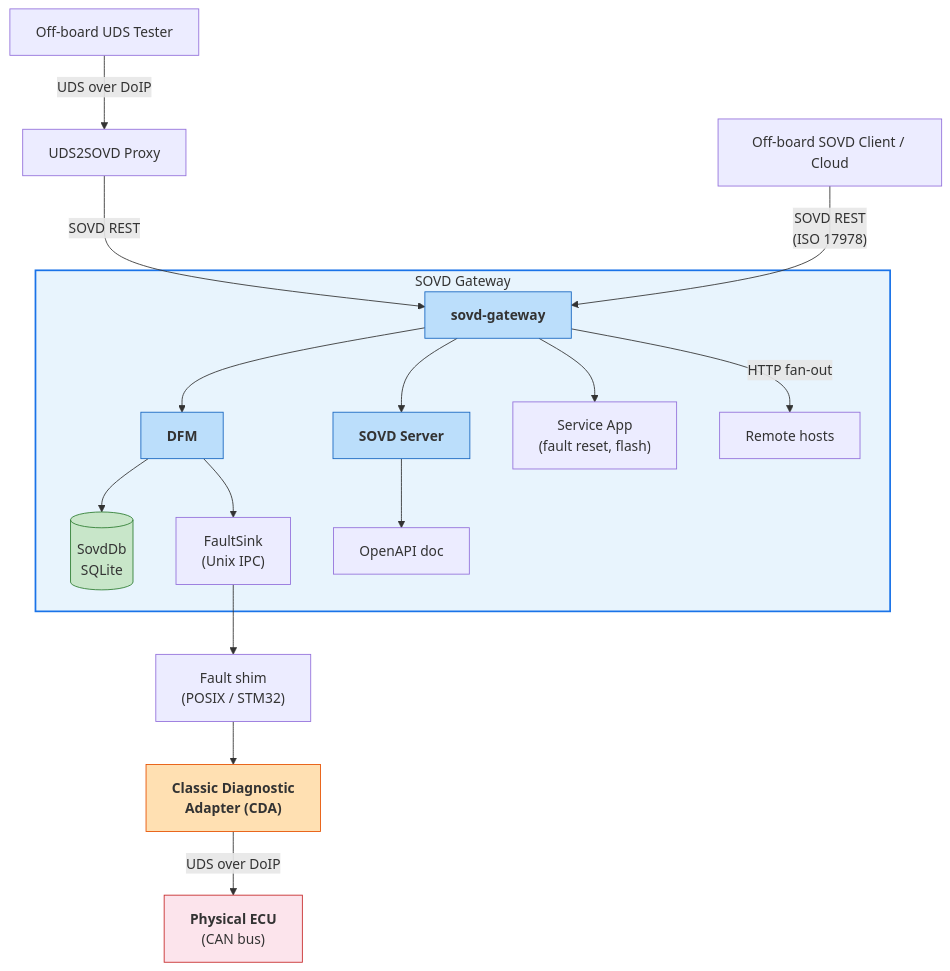
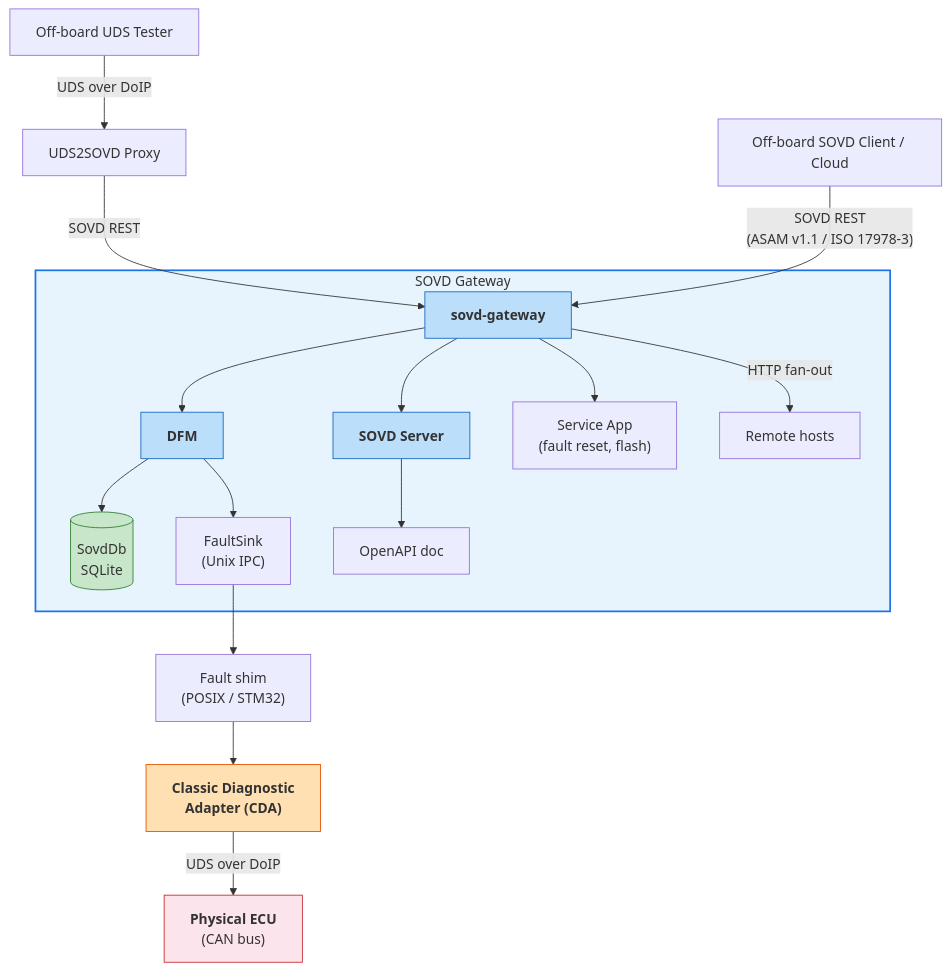
One commit to nhuvaoanh123/taktflow-opensovd changed the first of 2 diagrams in README.md. Above: the diagram before and after it, drawn with Mermaid. The commit also changed other lines of this file and 7 other files, not shown here.

````diff
--- a/README.md
+++ b/README.md
@@ -95,32 +99,32 @@
 ```mermaid
 graph TB
     UDS["Off-board UDS Tester"]
     SOVD_CLI["Off-board SOVD Client / Cloud"]
 
     UDS -->|"UDS over DoIP"| PROXY["UDS2SOVD Proxy"]
     PROXY -->|"SOVD REST"| GW
-    SOVD_CLI -->|"SOVD REST<br/>(ISO 17978)"| GW
+    SOVD_CLI -->|"SOVD REST<br/>(ASAM v1.1 / ISO 17978-3)"| GW
 
     subgraph STACK ["SOVD Gateway"]
         GW["<b>sovd-gateway</b>"]
         GW --> SRV["<b>SOVD Server</b>"]
         GW --> DFM["<b>DFM</b>"]
         GW --> APP["Service App<br/>(fault reset, flash)"]
         GW -->|"HTTP fan-out"| REMOTE["Remote hosts"]
         DFM --> DB[("SovdDb<br/>SQLite")]
         DFM --> FS["FaultSink<br/>(Unix IPC)"]
         SRV --> OA["OpenAPI doc"]
     end
 
     FS --> SHIM["Fault shim<br/>(POSIX / STM32)"]
     SHIM --> CDA["<b>Classic Diagnostic<br/>Adapter (CDA)</b>"]
     CDA -->|"UDS over DoIP"| ECU["<b>Physical ECU</b><br/>(CAN bus)"]
 
     style STACK fill:#e8f4fd,stroke:#1a73e8,stroke-width:2px
     style GW fill:#bbdefb,stroke:#1565c0
     style SRV fill:#bbdefb,stroke:#1565c0
     style DFM fill:#bbdefb,stroke:#1565c0
     style DB fill:#c8e6c9,stroke:#2e7d32
     style CDA fill:#ffe0b2,stroke:#e65100
     style ECU fill:#fce4ec,stroke:#c62828
 ```
````
